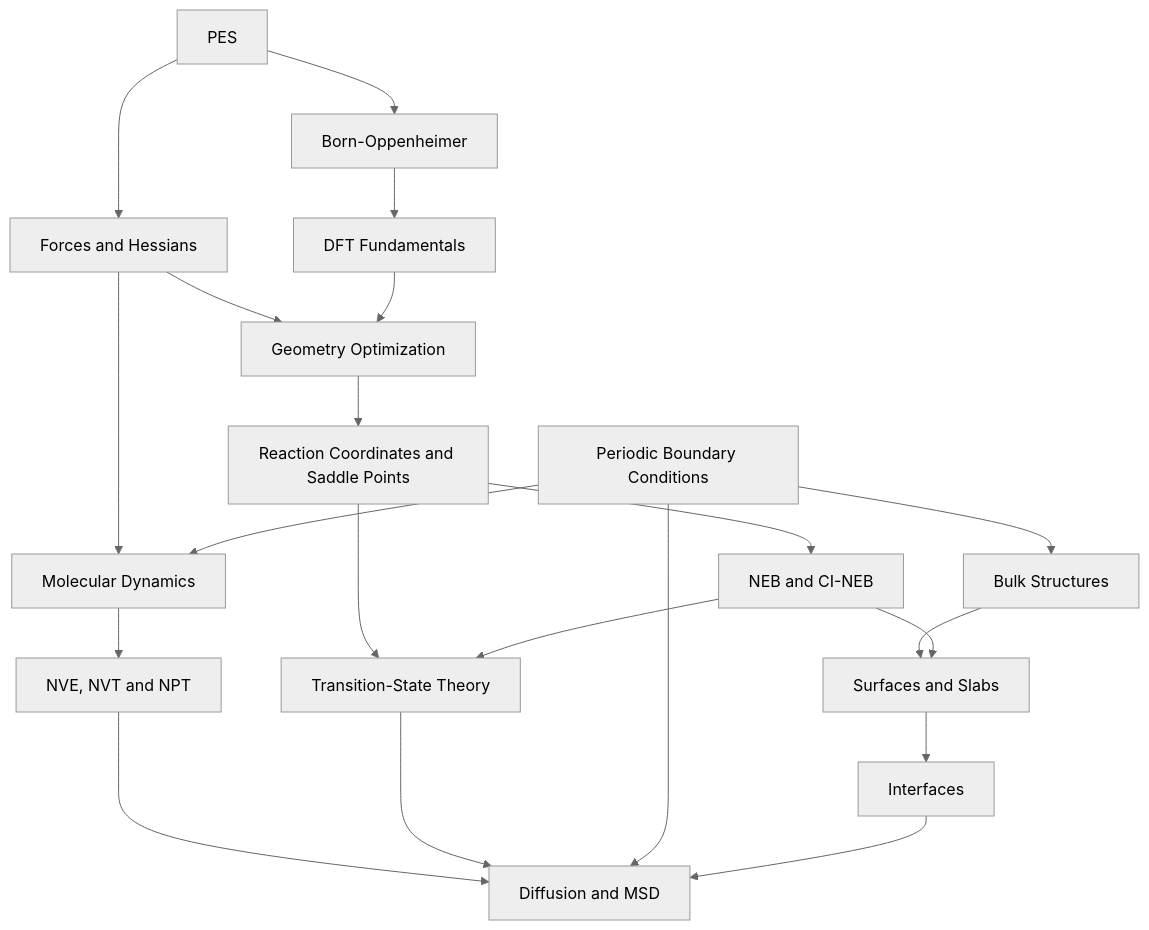
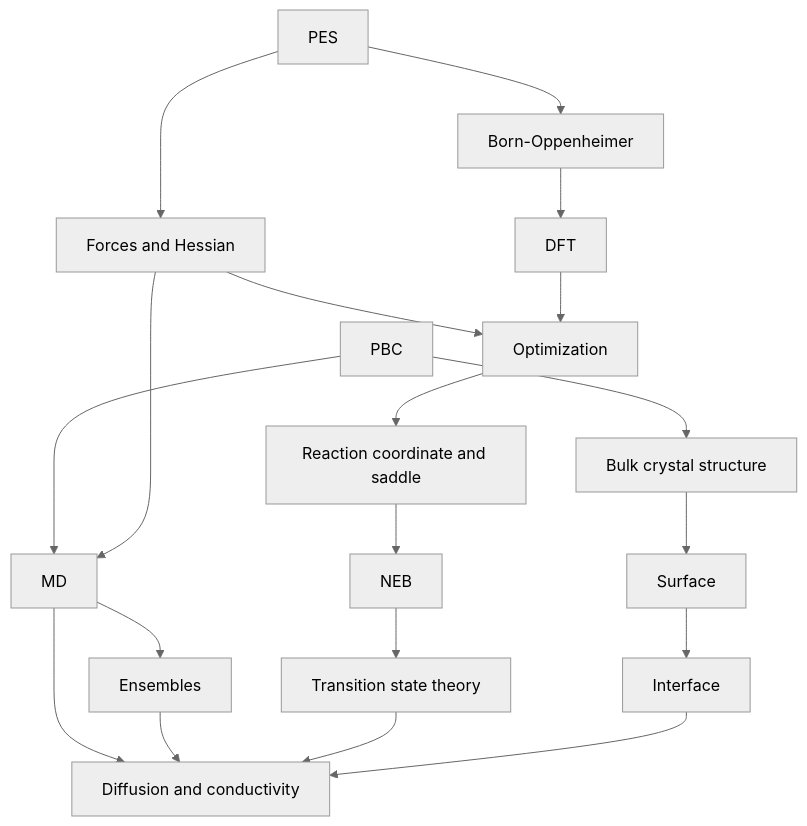
Before and after one commit to Long-Brian-Yang/blog: the diagram in research/computational-materials/README.md, drawn with Mermaid (neutral theme). The commit also changed other lines of this file, not shown here.

````diff
--- a/research/computational-materials/README.md
+++ b/research/computational-materials/README.md
@@ -29,23 +27,21 @@
 ```mermaid
 flowchart TD
-    PES[PES] --> FORCE[Forces and Hessians]
+    PES[PES] --> F[Forces and Hessian]
     PES --> BO[Born-Oppenheimer]
-    BO --> DFT[DFT Fundamentals]
-    FORCE --> OPT[Geometry Optimization]
+    PBC[PBC] --> BULK[Bulk crystal structure]
+    BO --> DFT[DFT]
+    F --> OPT[Optimization]
     DFT --> OPT
-    OPT --> PATH[Reaction Coordinates and Saddle Points]
-    PATH --> NEB[NEB and CI-NEB]
-    PATH --> TST[Transition-State Theory]
-    NEB --> TST
-    FORCE --> MD[Molecular Dynamics]
-    PBC[Periodic Boundary Conditions] --> MD
-    MD --> ENS[NVE, NVT and NPT]
-    ENS --> DIFF[Diffusion and MSD]
+    OPT --> RC[Reaction coordinate and saddle]
+    RC --> NEB[NEB]
+    NEB --> TST[Transition state theory]
+    PBC --> MD[MD]
+    F --> MD
+    MD --> ENS[Ensembles]
+    MD --> DIFF[Diffusion and conductivity]
+    ENS --> DIFF
     TST --> DIFF
-    PBC --> DIFF
-    PBC --> BULK[Bulk Structures]
-    BULK --> SURF[Surfaces and Slabs]
-    SURF --> INT[Interfaces]
-    NEB --> SURF
+    BULK --> SURF[Surface]
+    SURF --> INT[Interface]
     INT --> DIFF
 ```
````
